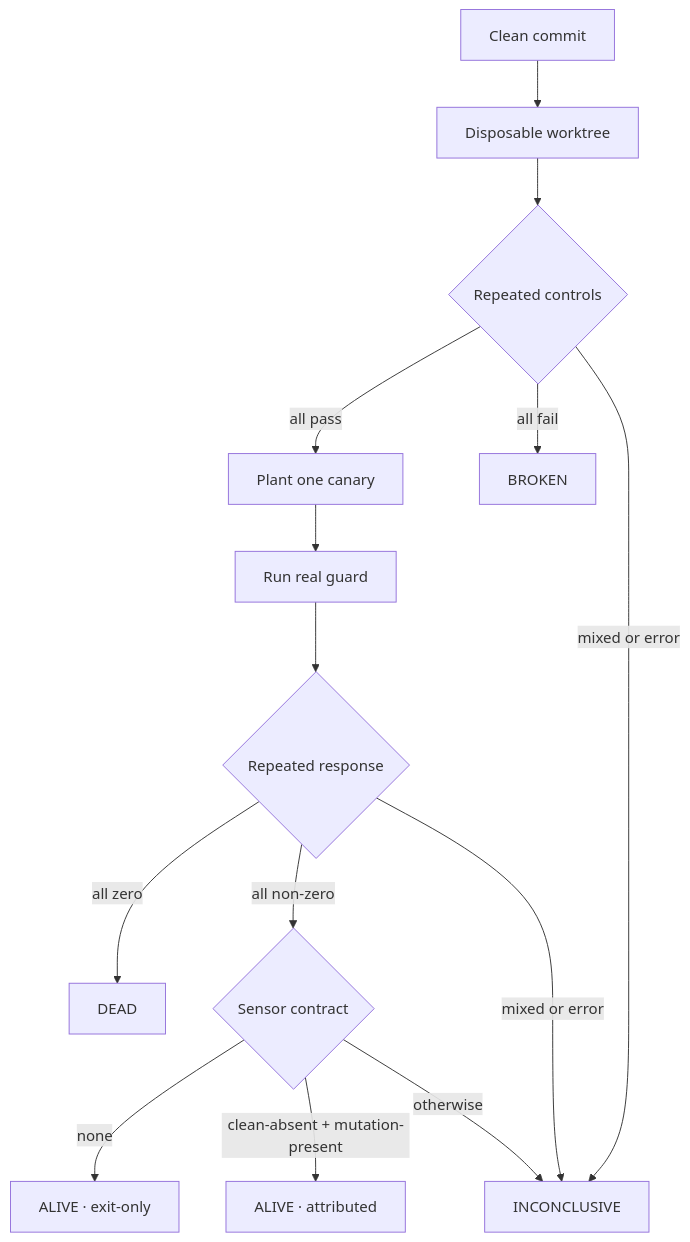
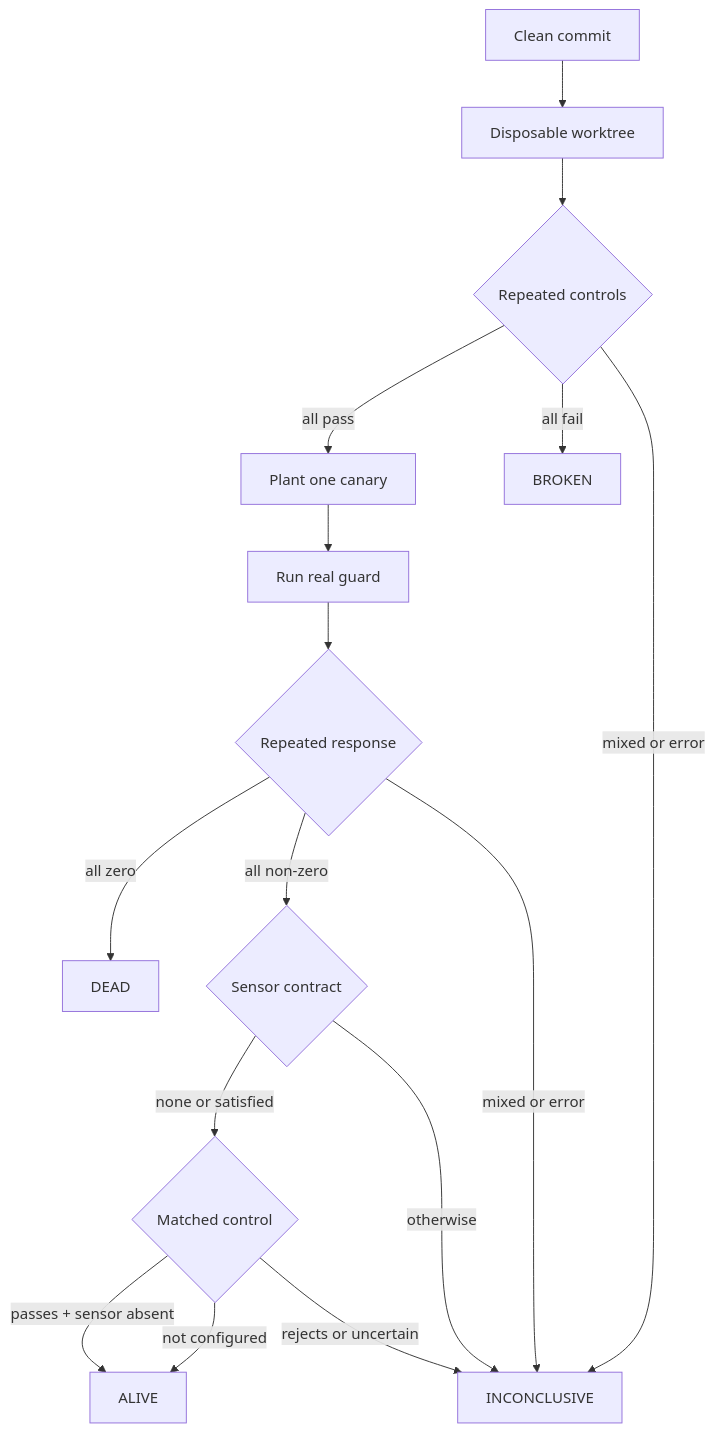
The diagram in README.md (Dean00dev/RuleTrip), drawn with Mermaid before and after one commit. The commit also changed other lines of this file and 29 other files, not shown here.

````diff
--- a/README.md
+++ b/README.md
@@ -42,16 +42,18 @@
 ```mermaid
 flowchart TD
     A["Clean commit"] --> B["Disposable worktree"]
     B --> C{"Repeated controls"}
     C -- "all pass" --> E["Plant one canary"]
     C -- "all fail" --> D["BROKEN"]
     C -- "mixed or error" --> J["INCONCLUSIVE"]
     E --> F["Run real guard"]
     F --> G{"Repeated response"}
     G -- "all zero" --> I["DEAD"]
     G -- "mixed or error" --> J
     G -- "all non-zero" --> H{"Sensor contract"}
-    H -- "none" --> K["ALIVE · exit-only"]
-    H -- "clean-absent + mutation-present" --> L["ALIVE · attributed"]
+    H -- "none or satisfied" --> M{"Matched control"}
     H -- "otherwise" --> J
+    M -- "not configured" --> K["ALIVE"]
+    M -- "passes + sensor absent" --> K
+    M -- "rejects or uncertain" --> J
 ```
````
